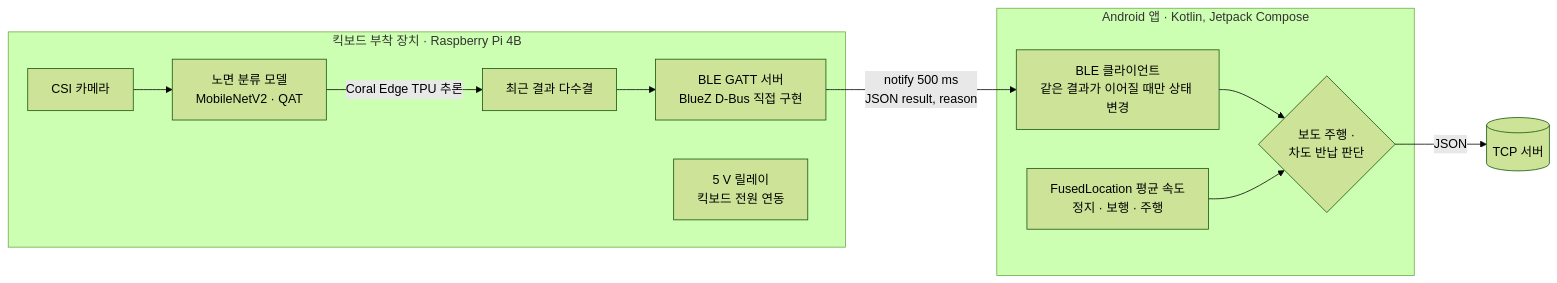
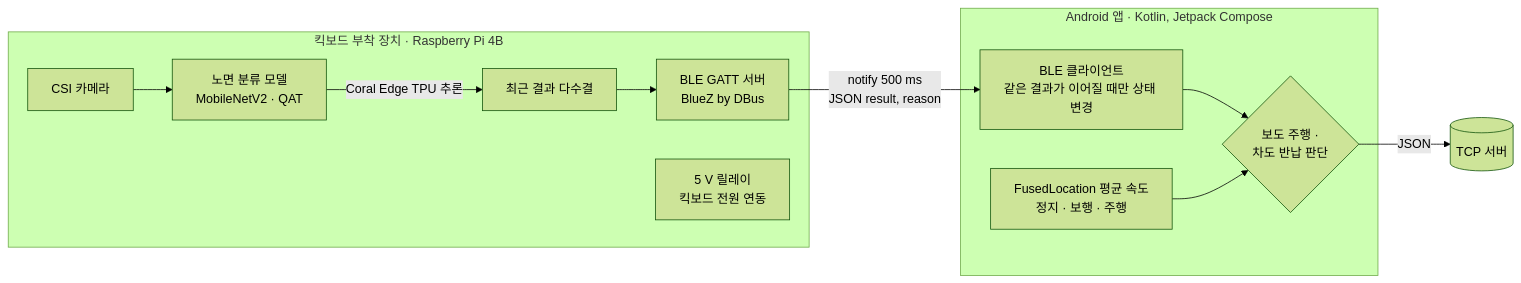
Before and after one commit to deepyeedeep/portfolio: the first of 2 diagrams in 2-pm-sidewalk-detection/README.md, drawn with Mermaid (forest theme). The commit also changed other lines of this file, not shown here.

````diff
--- a/2-pm-sidewalk-detection/README.md
+++ b/2-pm-sidewalk-detection/README.md
@@ -11,15 +11,15 @@
 ```mermaid
 flowchart LR
   subgraph DEV["킥보드 부착 장치 · Raspberry Pi 4B"]
     CAM["CSI 카메라"] --> MDL["노면 분류 모델<br/>MobileNetV2 · QAT"]
     MDL -->|Coral Edge TPU 추론| VOTE["최근 결과 다수결"]
-    VOTE --> GATT["BLE GATT 서버<br/>BlueZ D-Bus 직접 구현"]
+    VOTE --> GATT["BLE GATT 서버<br/>BlueZ by DBus"]
     RLY["5 V 릴레이<br/>킥보드 전원 연동"]
   end
   subgraph APP["Android 앱 · Kotlin, Jetpack Compose"]
     CLI["BLE 클라이언트<br/>같은 결과가 이어질 때만 상태 변경"] --> JUDGE{"보도 주행 ·<br/>차도 반납 판단"}
     LOC["FusedLocation 평균 속도<br/>정지 · 보행 · 주행"] --> JUDGE
   end
   GATT -->|notify 500 ms<br/>JSON result, reason| CLI
   JUDGE -->|JSON| SRV[("TCP 서버")]
 ```
````
